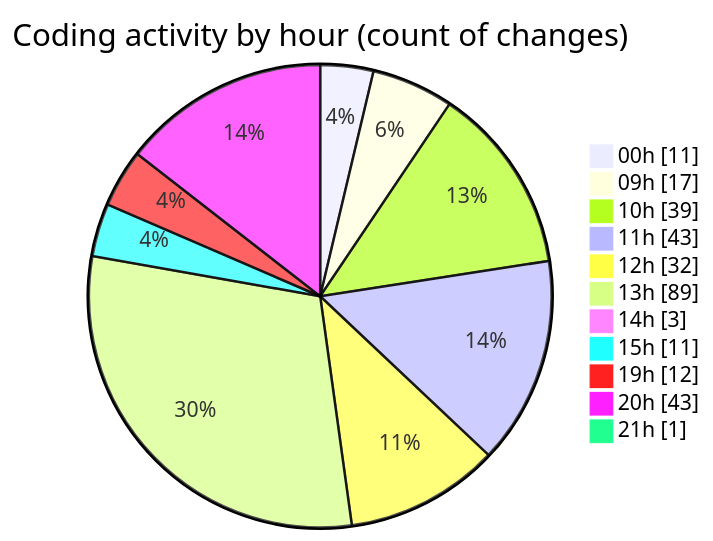
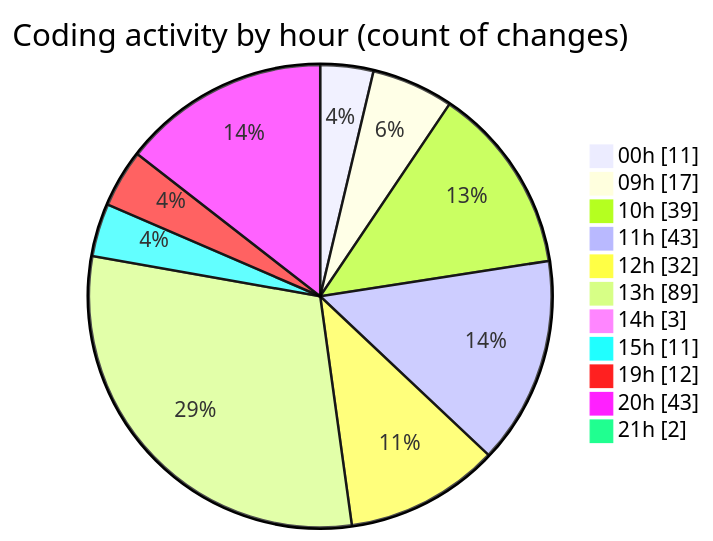
One commit to momahboobian/code-tracking changed the second of 2 diagrams in 2026-09-02/cda/README.md. Above: the diagram before and after it, drawn with Mermaid. The commit also changed other lines of this file and 1 other file, not shown here.

````diff
--- a/2026-09-02/cda/README.md
+++ b/2026-09-02/cda/README.md
@@ -92,15 +92,15 @@
 ```mermaid
 pie showData
 title Coding activity by hour (count of changes)
 "00h" : 11
 "09h" : 17
 "10h" : 39
 "11h" : 43
 "12h" : 32
 "13h" : 89
 "14h" : 3
 "15h" : 11
 "19h" : 12
 "20h" : 43
-"21h" : 1
+"21h" : 2
 ```
````
